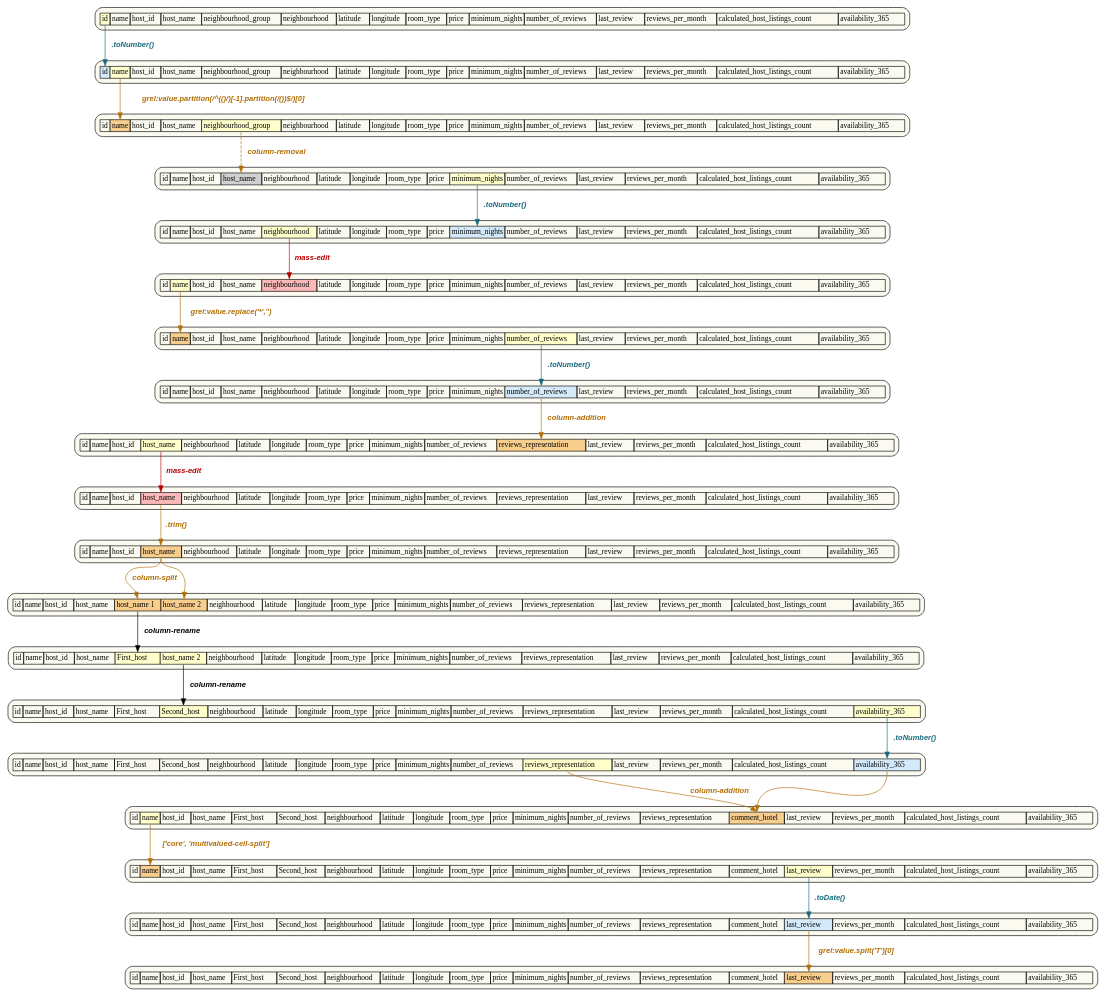
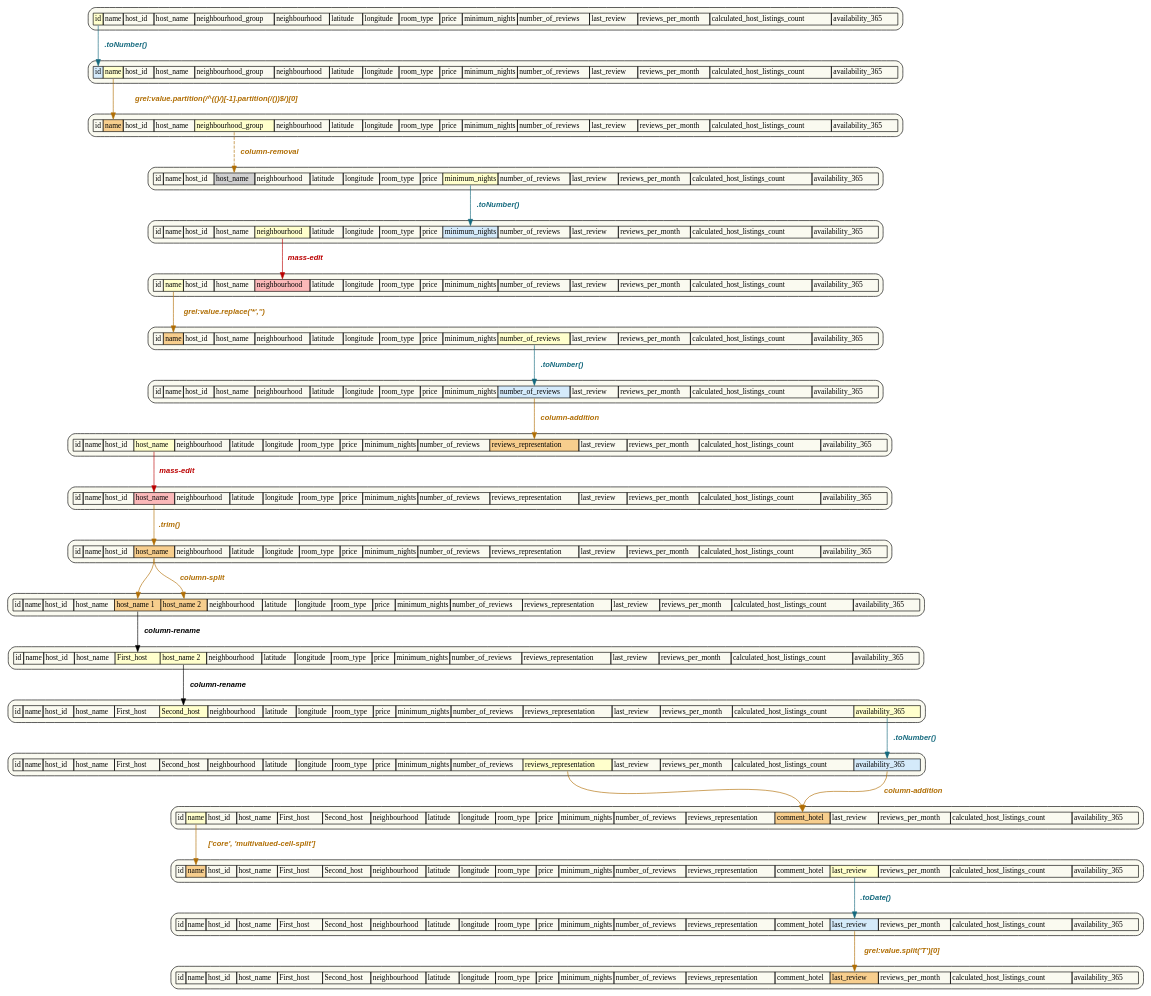
The diagram in usecase2/schema_view/schema_view.gv (idaks/ORMA-IDCC-2021), drawn with Graphviz before and after one commit. The commit also changed 37 other files, not shown here.

```diff
--- a/usecase2/schema_view/schema_view.gv
+++ b/usecase2/schema_view/schema_view.gv
@@ -31,13 +31,13 @@
 	schema7:f10 -> schema8:f11 [label=" column-addition" color="#b06e04" fontcolor="#b06e04"]
 	schema8:f3 -> schema9:f3 [label=" mass-edit" color="#BB0000" fontcolor="#BB0000"]
 	schema9:f3 -> schema10:f3 [label=" .trim()" color="#b06e04" fontcolor="#b06e04"]
-	schema10:f3 -> schema11:f4 [label=" column-split" color="#b06e04" fontcolor="#b06e04"]
-	schema10:f3 -> schema11:f5 [label=" " color="#b06e04" fontcolor="#b06e04"]
+	schema10:f3 -> schema11:f5 [label=" column-split" color="#b06e04" fontcolor="#b06e04"]
+	schema10:f3 -> schema11:f4 [label=" " color="#b06e04" fontcolor="#b06e04"]
 	schema11:f4 -> schema12:f4 [label=" column-rename" color="#000000" fontcolor="#000000"]
 	schema12:f5 -> schema13:f5 [label=" column-rename" color="#000000" fontcolor="#000000"]
 	schema13:f17 -> schema14:f17 [label=" .toNumber()" color="#14697e" fontcolor="#14697e"]
-	schema14:f17 -> schema15:f14 [label=" " color="#b06e04" fontcolor="#b06e04"]
-	schema14:f13 -> schema15:f14 [label=" column-addition" color="#b06e04" fontcolor="#b06e04"]
+	schema14:f13 -> schema15:f14 [label=" " color="#b06e04" fontcolor="#b06e04"]
+	schema14:f17 -> schema15:f14 [label=" column-addition" color="#b06e04" fontcolor="#b06e04"]
 	schema15:f1 -> schema16:f1 [label=" ['core', 'multivalued-cell-split']" color="#b06e04" fontcolor="#b06e04"]
 	schema16:f15 -> schema17:f15 [label=" .toDate()" color="#14697e" fontcolor="#14697e"]
 	schema17:f15 -> schema18:f15 [label=" grel:value.split('T')[0]" color="#b06e04" fontcolor="#b06e04"]
```
